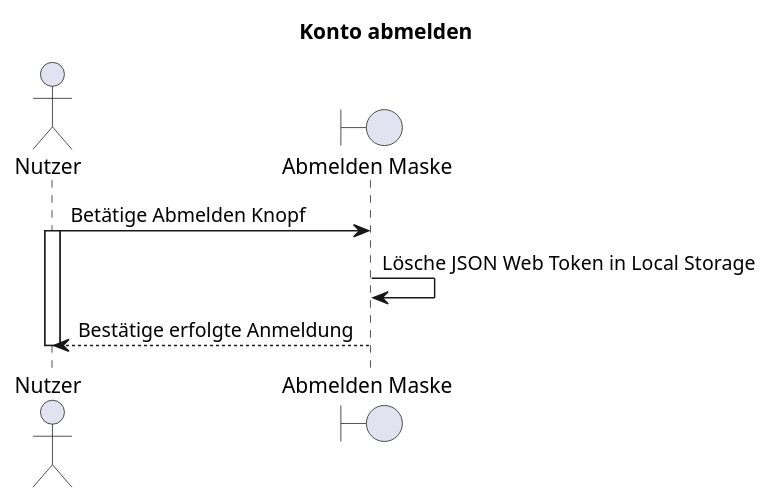
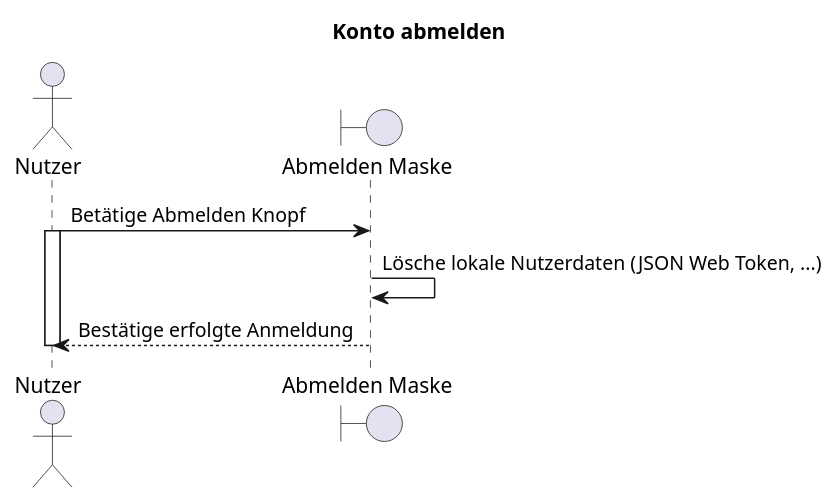
One commit to party-time-2/party-time changed the diagram in doc/F012_kontoAbmelden.plantuml. Above: the diagram before and after it, drawn with PlantUML. The commit also changed 1 other file, not shown here.

```diff
--- a/doc/F012_kontoAbmelden.plantuml
+++ b/doc/F012_kontoAbmelden.plantuml
@@ -1,12 +1,12 @@
 @startuml F012_kontoAbmelden
 title "Konto abmelden"
 
 actor "Nutzer" as user
 boundary "Abmelden Maske" as userMask
 
 user -> userMask: Betätige Abmelden Knopf
 activate user
-userMask -> userMask: Lösche JSON Web Token in Local Storage
+userMask -> userMask: Lösche lokale Nutzerdaten (JSON Web Token, ...)
 user <-- userMask: Bestätige erfolgte Anmeldung
 deactivate user
 @enduml
```
